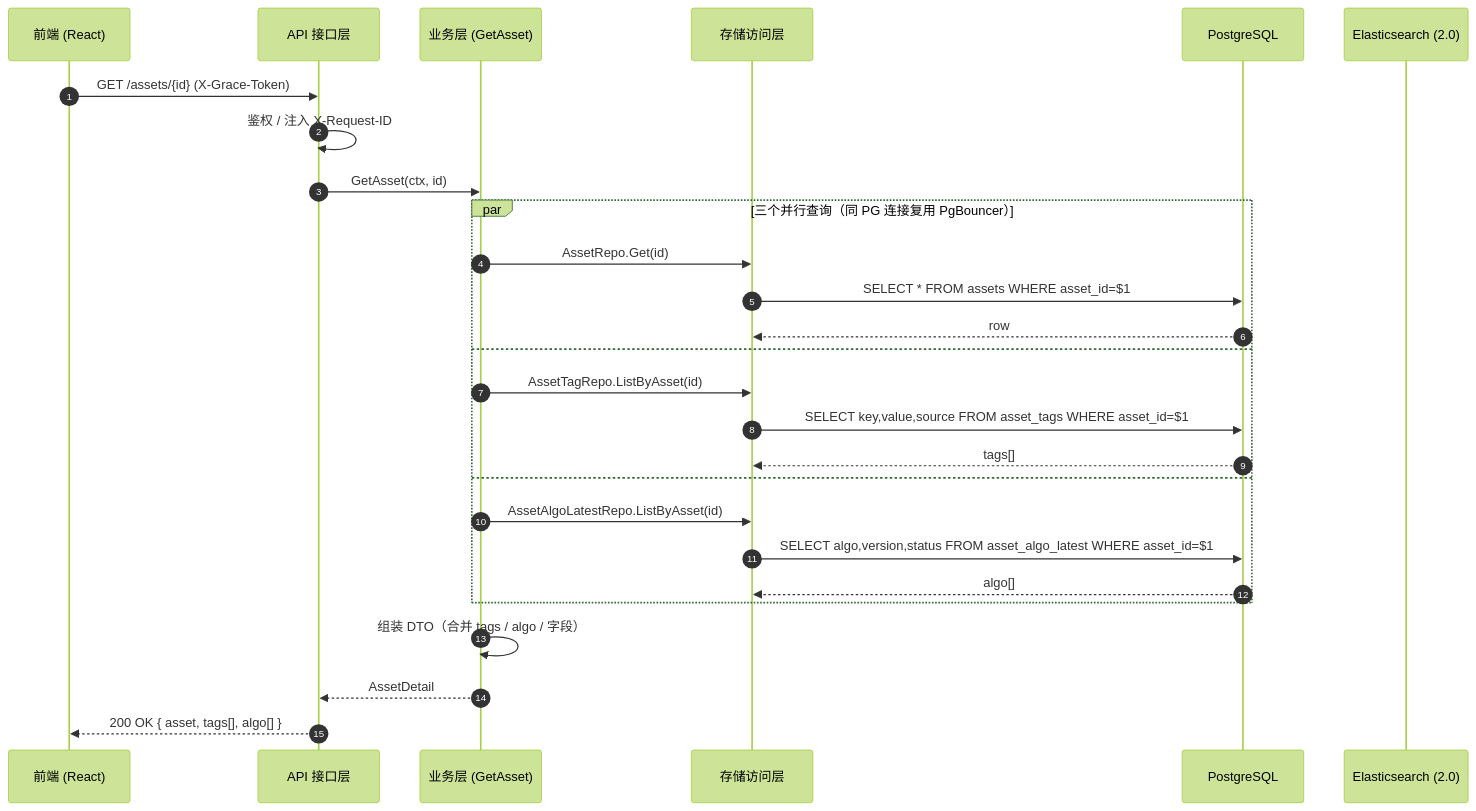
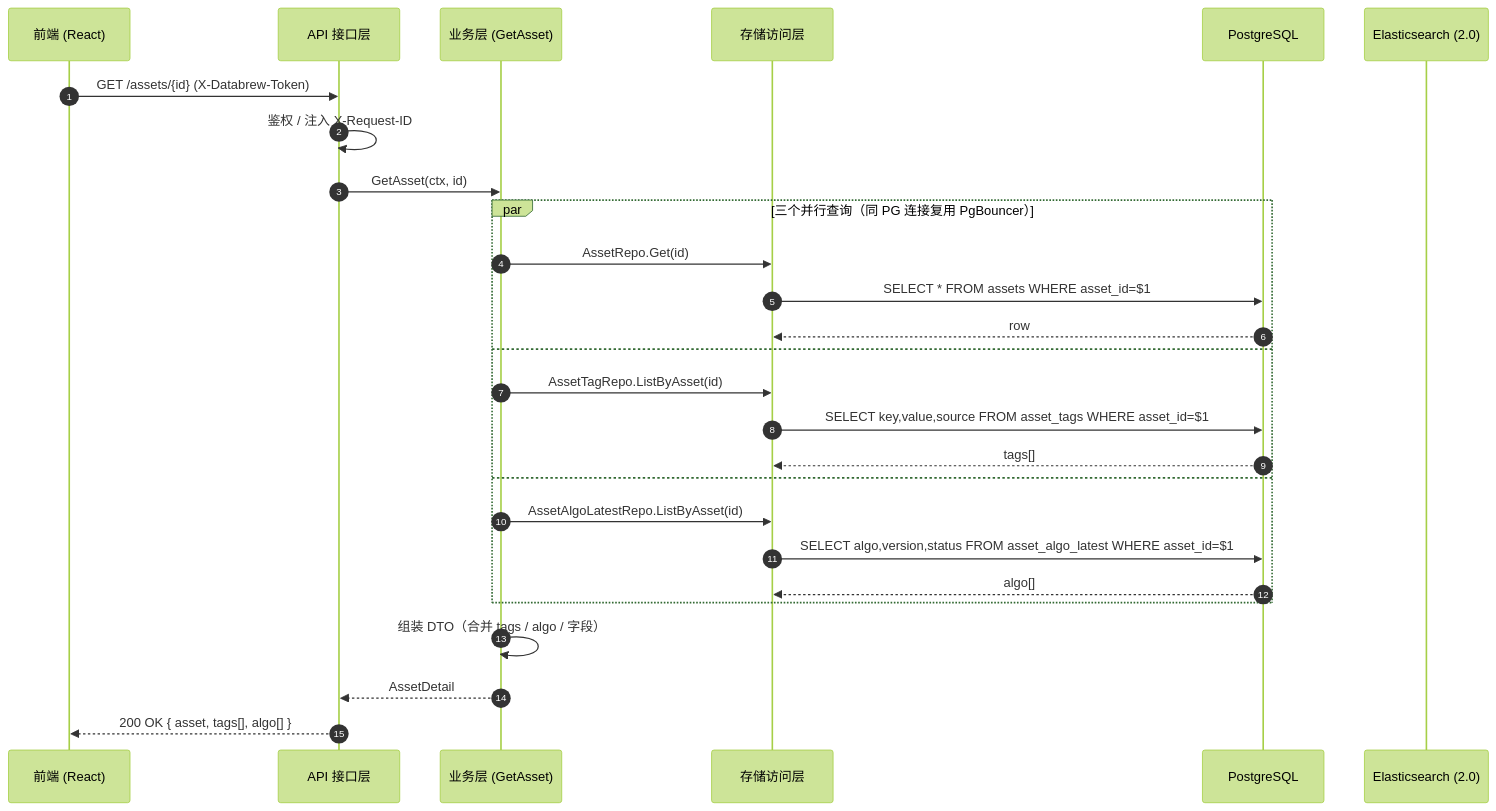
One commit to rouse2617/Databricks4robot changed the eighth of 21 diagrams in docs/review/data-platform-design.md. Above: the diagram before and after it, drawn with Mermaid (forest theme). The commit also changed other lines of this file and 117 other files, not shown here.

First line of the commit message:
refactor: rename X-Grace-Token to X-Databrew-Token across all layers (CYB-1215)

````diff
--- a/docs/review/data-platform-design.md
+++ b/docs/review/data-platform-design.md
@@ -932,32 +932,32 @@
 ```mermaid
 sequenceDiagram
     autonumber
     participant FE as 前端 (React)
     participant API as API 接口层
     participant UC as 业务层 (GetAsset)
     participant Repo as 存储访问层
     participant PG as PostgreSQL
     participant ES as Elasticsearch (2.0)
 
-    FE->>API: GET /assets/{id} (X-Grace-Token)
+    FE->>API: GET /assets/{id} (X-Databrew-Token)
     API->>API: 鉴权 / 注入 X-Request-ID
     API->>UC: GetAsset(ctx, id)
 
     par 三个并行查询（同 PG 连接复用 PgBouncer）
         UC->>Repo: AssetRepo.Get(id)
         Repo->>PG: SELECT * FROM assets WHERE asset_id=$1
         PG-->>Repo: row
     and
         UC->>Repo: AssetTagRepo.ListByAsset(id)
         Repo->>PG: SELECT key,value,source FROM asset_tags WHERE asset_id=$1
         PG-->>Repo: tags[]
     and
         UC->>Repo: AssetAlgoLatestRepo.ListByAsset(id)
         Repo->>PG: SELECT algo,version,status FROM asset_algo_latest WHERE asset_id=$1
         PG-->>Repo: algo[]
     end
 
     UC->>UC: 组装 DTO（合并 tags / algo / 字段）
     UC-->>API: AssetDetail
     API-->>FE: 200 OK { asset, tags[], algo[] }
 ```
````
